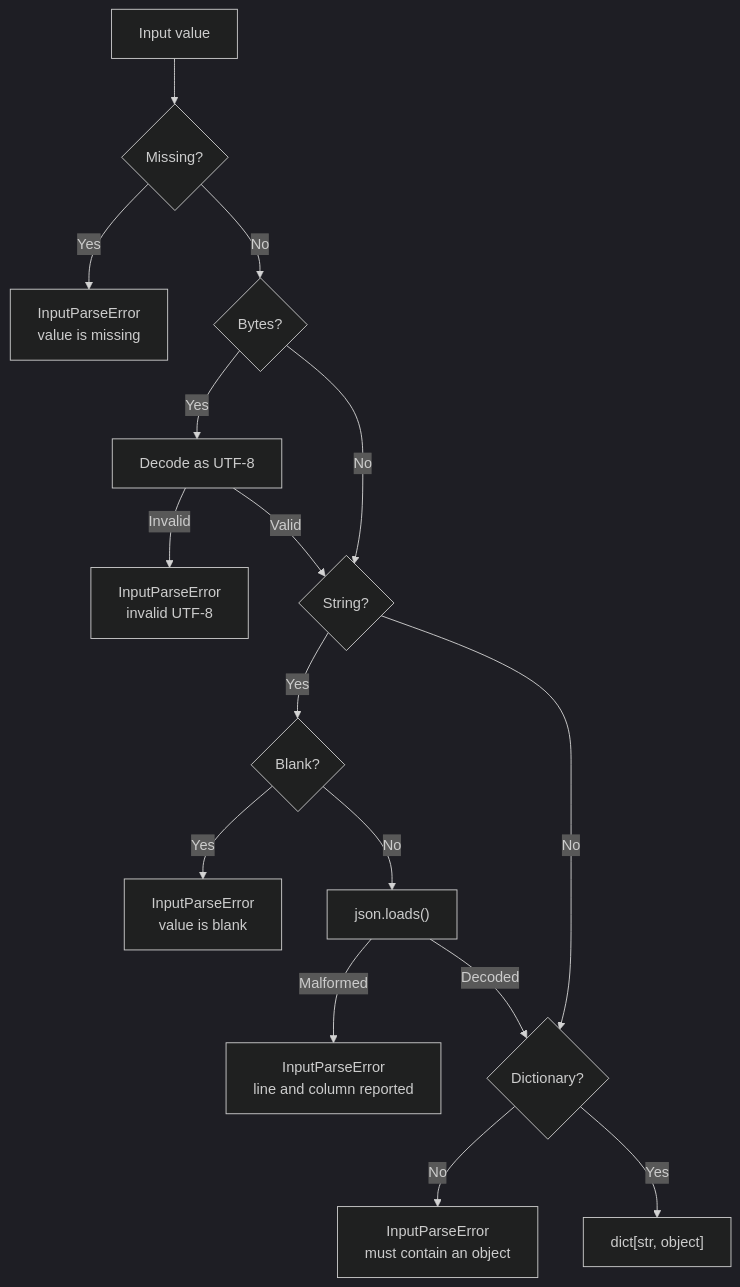
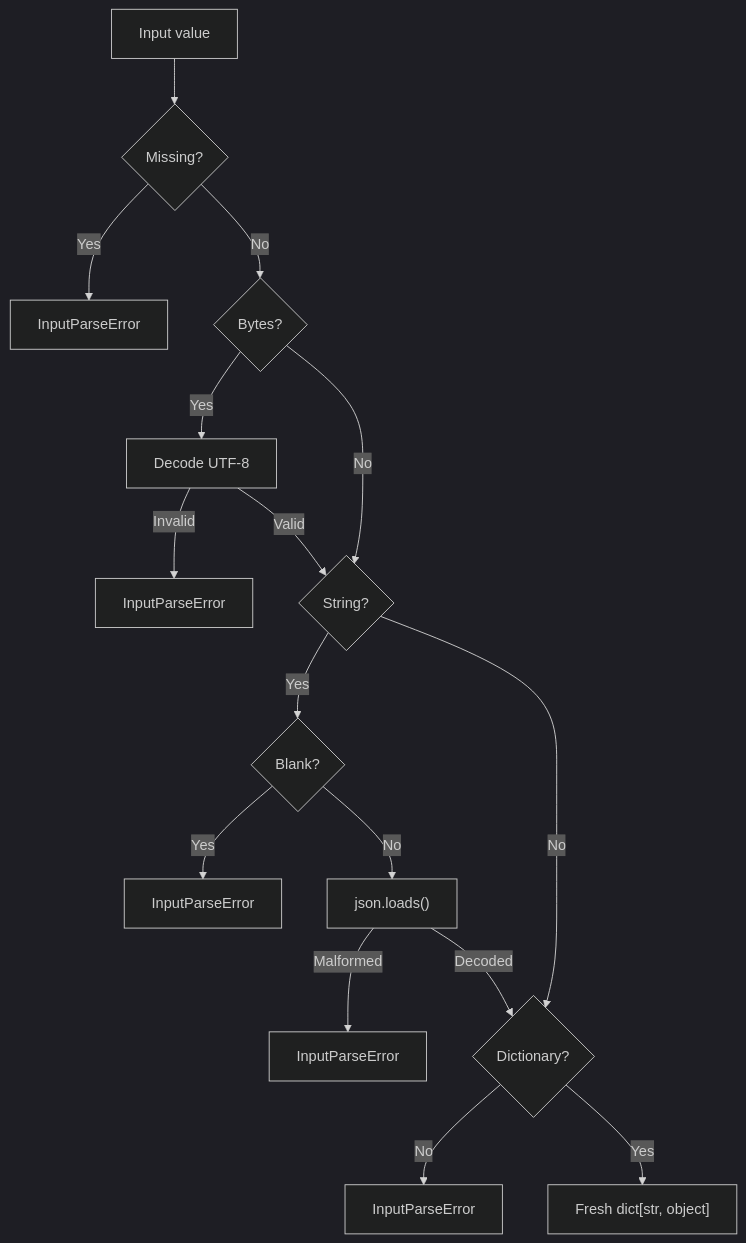
One commit to umich-michr/michr-scripts changed the third of 7 diagrams in python/packages/study-posting-ai-analysis/docs/program-flow.md. Above: the diagram before and after it, drawn with Mermaid (dark theme). The commit also changed other lines of this file, not shown here.

Commit message:
docs(analysis): streamline control-flow guide

````diff
--- a/python/packages/study-posting-ai-analysis/docs/program-flow.md
+++ b/python/packages/study-posting-ai-analysis/docs/program-flow.md
@@ -63,31 +120,31 @@
 ```mermaid
 flowchart TB
     INPUT["Input value"]
     MISSING{"Missing?"}
     BYTES{"Bytes?"}
-    UTF8["Decode as UTF-8"]
+    DECODE["Decode UTF-8"]
     STRING{"String?"}
     BLANK{"Blank?"}
     JSON["json.loads()"]
     OBJECT{"Dictionary?"}
-    RESULT["dict[str, object]"]
+    RESULT["Fresh dict[str, object]"]
 
     INPUT --> MISSING
-    MISSING -->|Yes| E_MISSING["InputParseError<br/>value is missing"]
+    MISSING -->|Yes| E_MISSING["InputParseError"]
     MISSING -->|No| BYTES
 
-    BYTES -->|Yes| UTF8
-    UTF8 -->|Invalid| E_UTF8["InputParseError<br/>invalid UTF-8"]
-    UTF8 -->|Valid| STRING
+    BYTES -->|Yes| DECODE
+    DECODE -->|Invalid| E_UTF8["InputParseError"]
+    DECODE -->|Valid| STRING
     BYTES -->|No| STRING
 
     STRING -->|Yes| BLANK
-    BLANK -->|Yes| E_BLANK["InputParseError<br/>value is blank"]
+    BLANK -->|Yes| E_BLANK["InputParseError"]
     BLANK -->|No| JSON
-    JSON -->|Malformed| E_JSON["InputParseError<br/>line and column reported"]
+    JSON -->|Malformed| E_JSON["InputParseError"]
     JSON -->|Decoded| OBJECT
 
     STRING -->|No| OBJECT
-    OBJECT -->|No| E_OBJECT["InputParseError<br/>must contain an object"]
+    OBJECT -->|No| E_OBJECT["InputParseError"]
     OBJECT -->|Yes| RESULT
 ```
````
